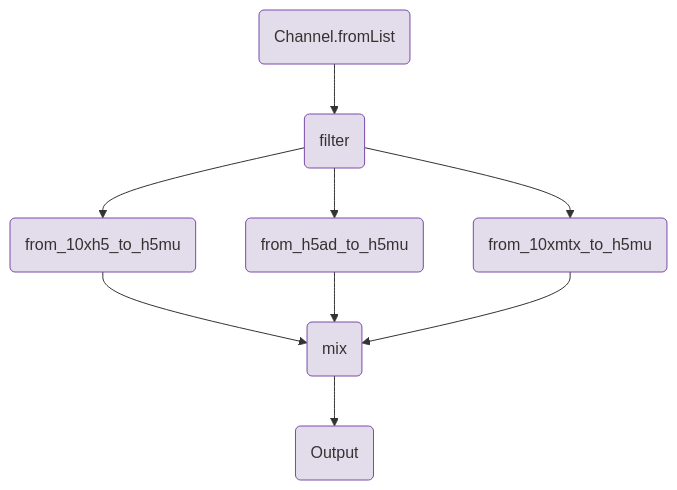
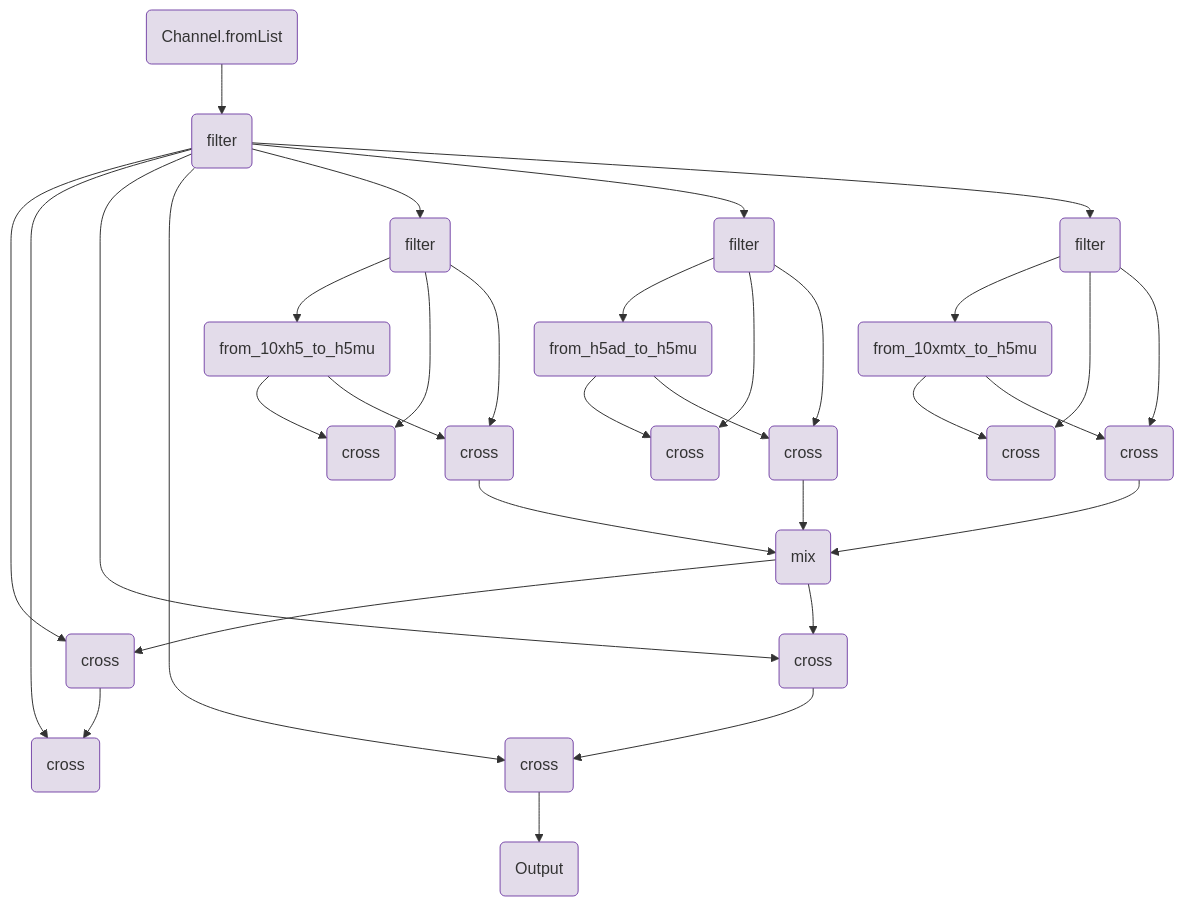
One commit to openpipelines-bio/website changed the diagram in components/workflows/ingestion/conversion.qmd. Above: the diagram before and after it, drawn with Mermaid. The commit also changed other lines of this file and 149 other files, not shown here.

````diff
--- a/components/workflows/ingestion/conversion.qmd
+++ b/components/workflows/ingestion/conversion.qmd
@@ -105,26 +107,75 @@
 ```{mermaid}
 flowchart TB
     v0(Channel.fromList)
     v2(filter)
-    v19(from_10xh5_to_h5mu)
-    v78(mix)
-    v42(from_h5ad_to_h5mu)
-    v65(from_10xmtx_to_h5mu)
-    v94(Output)
+    v12(filter)
+    v20(from_10xh5_to_h5mu)
+    v27(cross)
+    v37(cross)
+    v117(mix)
+    v48(filter)
+    v56(from_h5ad_to_h5mu)
+    v63(cross)
+    v73(cross)
+    v84(filter)
+    v92(from_10xmtx_to_h5mu)
+    v99(cross)
+    v109(cross)
+    v124(cross)
+    v131(cross)
+    v143(cross)
+    v150(cross)
+    v154(Output)
     v0-->v2
-    v2-->v19
-    v19-->v78
-    v2-->v42
-    v42-->v78
-    v2-->v65
-    v65-->v78
-    v78-->v94
+    v12-->v20
+    v20-->v27
+    v12-->v27
+    v12-->v37
+    v48-->v56
+    v56-->v63
+    v48-->v63
+    v48-->v73
+    v84-->v92
+    v92-->v99
+    v84-->v99
+    v84-->v109
+    v117-->v124
+    v2-->v124
+    v124-->v131
+    v2-->v131
+    v2-->v143
+    v143-->v150
+    v2-->v150
+    v150-->v154
+    v2-->v12
+    v37-->v117
+    v20-->v37
+    v2-->v48
+    v73-->v117
+    v56-->v73
+    v2-->v84
+    v109-->v117
+    v92-->v109
+    v117-->v143
     style v0 fill:#e3dcea,stroke:#7a4baa;
     style v2 fill:#e3dcea,stroke:#7a4baa;
-    style v19 fill:#e3dcea,stroke:#7a4baa;
-    style v78 fill:#e3dcea,stroke:#7a4baa;
-    style v42 fill:#e3dcea,stroke:#7a4baa;
-    style v65 fill:#e3dcea,stroke:#7a4baa;
-    style v94 fill:#e3dcea,stroke:#7a4baa;
+    style v12 fill:#e3dcea,stroke:#7a4baa;
+    style v20 fill:#e3dcea,stroke:#7a4baa;
+    style v27 fill:#e3dcea,stroke:#7a4baa;
+    style v37 fill:#e3dcea,stroke:#7a4baa;
+    style v117 fill:#e3dcea,stroke:#7a4baa;
+    style v48 fill:#e3dcea,stroke:#7a4baa;
+    style v56 fill:#e3dcea,stroke:#7a4baa;
+    style v63 fill:#e3dcea,stroke:#7a4baa;
+    style v73 fill:#e3dcea,stroke:#7a4baa;
+    style v84 fill:#e3dcea,stroke:#7a4baa;
+    style v92 fill:#e3dcea,stroke:#7a4baa;
+    style v99 fill:#e3dcea,stroke:#7a4baa;
+    style v109 fill:#e3dcea,stroke:#7a4baa;
+    style v124 fill:#e3dcea,stroke:#7a4baa;
+    style v131 fill:#e3dcea,stroke:#7a4baa;
+    style v143 fill:#e3dcea,stroke:#7a4baa;
+    style v150 fill:#e3dcea,stroke:#7a4baa;
+    style v154 fill:#e3dcea,stroke:#7a4baa;
 
 ```
````
